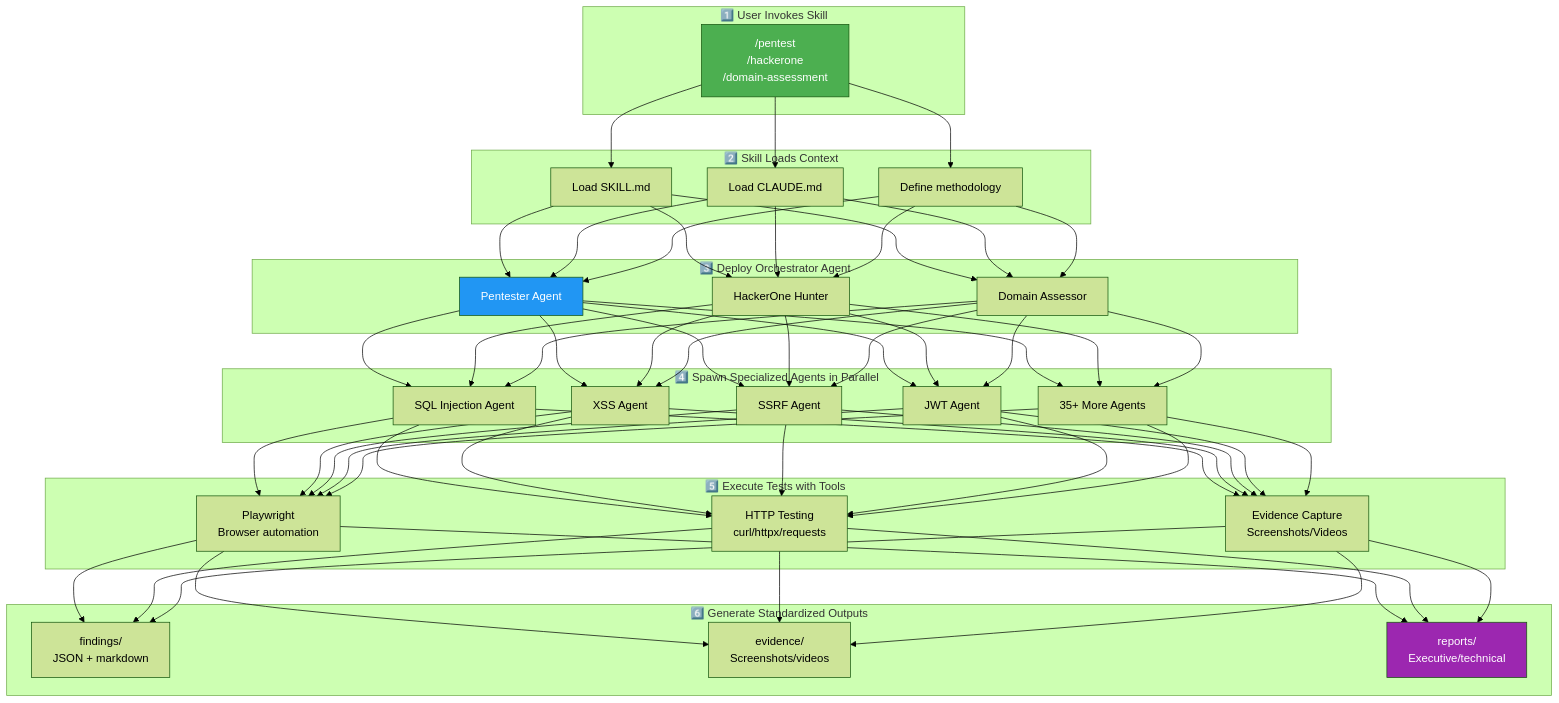
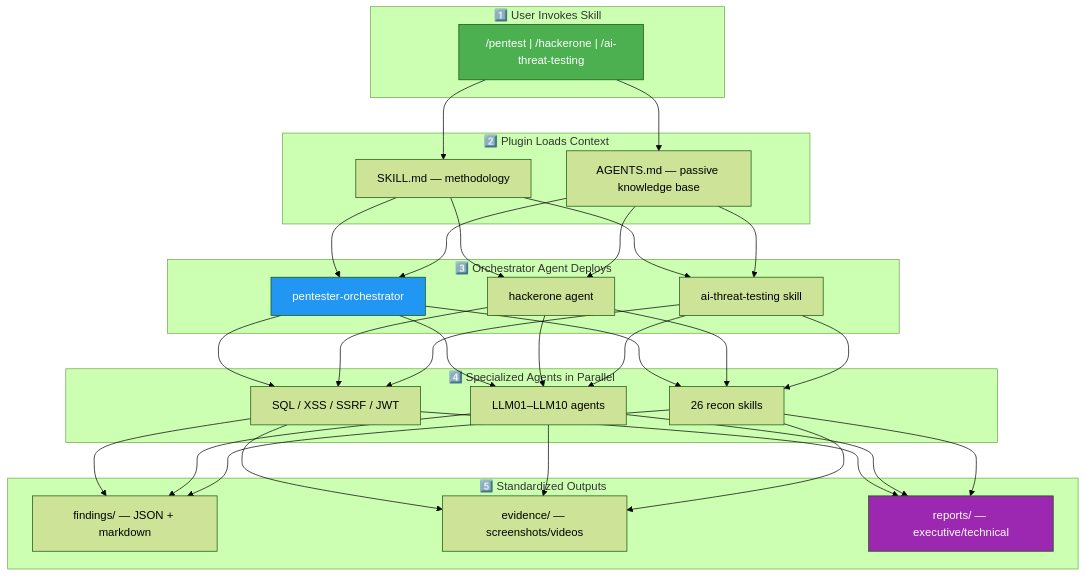
The second of 2 diagrams in README.md (l0h1nth/communitytools), drawn with Mermaid (forest theme) before and after one commit. The commit also changed other lines of this file, not shown here.

First line of the commit message:
docs(readme): rewrite to reflect multi-plugin marketplace structure

````diff
--- a/README.md
+++ b/README.md
@@ -550,48 +313,38 @@
 ```mermaid
 flowchart TB
     subgraph "1️⃣ User Invokes Skill"
-        A["/pentest<br/>/hackerone<br/>/domain-assessment"]
+        A["/pentest | /hackerone | /ai-threat-testing"]
     end
 
-    subgraph "2️⃣ Skill Loads Context"
-        B1[Load SKILL.md]
-        B2[Load CLAUDE.md]
-        B3[Define methodology]
+    subgraph "2️⃣ Plugin Loads Context"
+        B1[SKILL.md — methodology]
+        B2[AGENTS.md — passive knowledge base]
     end
 
-    subgraph "3️⃣ Deploy Orchestrator Agent"
-        C1[Pentester Agent]
-        C2[HackerOne Hunter]
-        C3[Domain Assessor]
+    subgraph "3️⃣ Orchestrator Agent Deploys"
+        C1[pentester-orchestrator]
+        C2[hackerone agent]
+        C3[ai-threat-testing skill]
     end
 
-    subgraph "4️⃣ Spawn Specialized Agents in Parallel"
-        D1[SQL Injection Agent]
-        D2[XSS Agent]
-        D3[SSRF Agent]
-        D4[JWT Agent]
-        D5[35+ More Agents]
+    subgraph "4️⃣ Specialized Agents in Parallel"
+        D1[SQL / XSS / SSRF / JWT]
+        D2[LLM01–LLM10 agents]
+        D3[26 recon skills]
     end
 
-    subgraph "5️⃣ Execute Tests with Tools"
-        E1[Playwright<br/>Browser automation]
-        E2[HTTP Testing<br/>curl/httpx/requests]
-        E3[Evidence Capture<br/>Screenshots/Videos]
+    subgraph "5️⃣ Standardized Outputs"
+        F1[findings/ — JSON + markdown]
+        F2[evidence/ — screenshots/videos]
+        F3[reports/ — executive/technical]
     end
 
-    subgraph "6️⃣ Generate Standardized Outputs"
-        F1[findings/<br/>JSON + markdown]
-        F2[evidence/<br/>Screenshots/videos]
-        F3[reports/<br/>Executive/technical]
-    end
-
-    A --> B1 & B2 & B3
-    B1 & B2 & B3 --> C1 & C2 & C3
-    C1 & C2 & C3 --> D1 & D2 & D3 & D4 & D5
-    D1 & D2 & D3 & D4 & D5 --> E1 & E2 & E3
-    E1 & E2 & E3 --> F1 & F2 & F3
+    A --> B1 & B2
+    B1 & B2 --> C1 & C2 & C3
+    C1 & C2 & C3 --> D1 & D2 & D3
+    D1 & D2 & D3 --> F1 & F2 & F3
 
     style A fill:#4CAF50,color:#fff
     style C1 fill:#2196F3,color:#fff
     style F3 fill:#9C27B0,color:#fff
 ```
````
